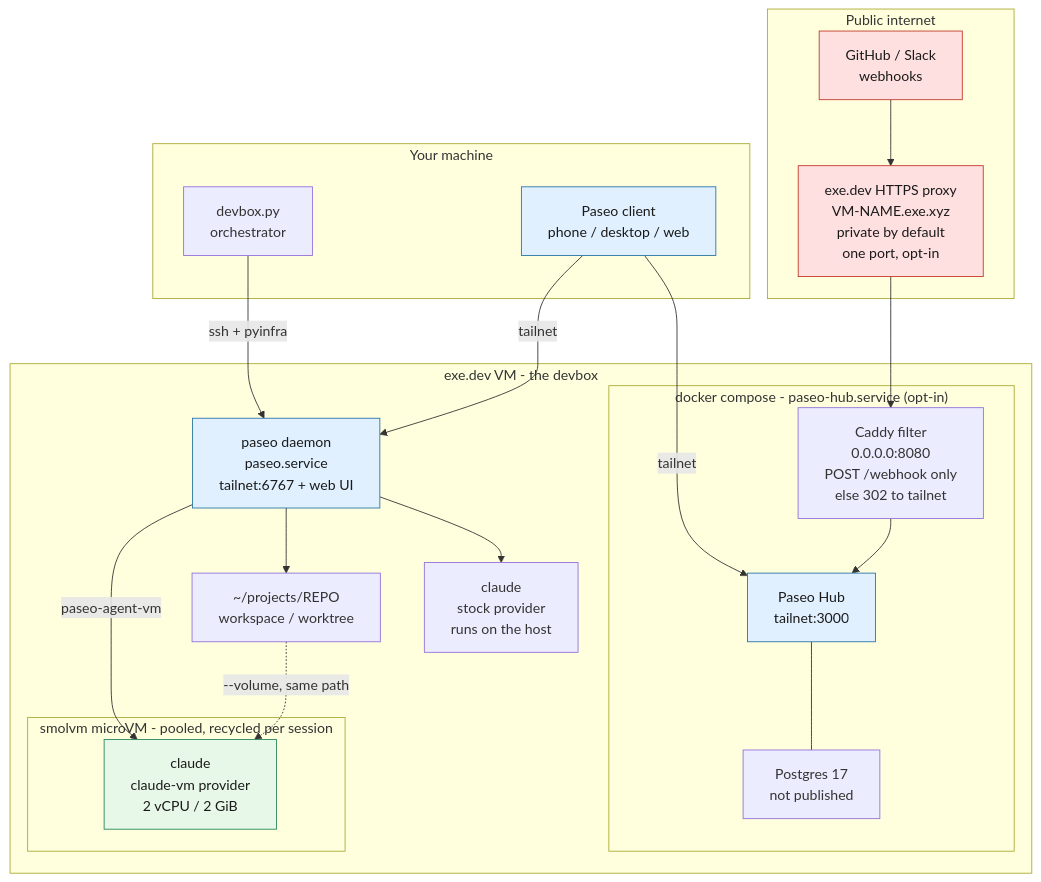
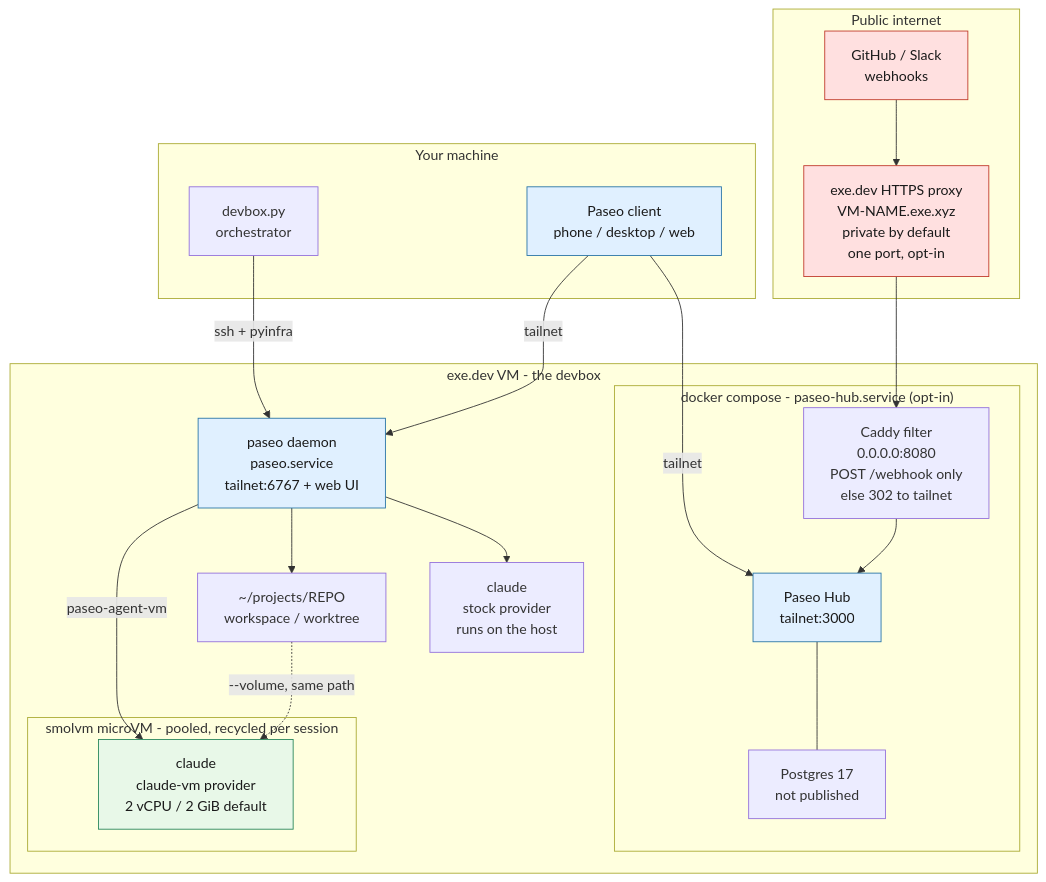
One commit to luketurner/devbox changed the diagram in README.md. Above: the diagram before and after it, drawn with Mermaid. The commit also changed other lines of this file and 12 other files, not shown here.

````diff
--- a/README.md
+++ b/README.md
@@ -26,47 +26,47 @@
 ```mermaid
 graph TB
     subgraph you["Your machine"]
         CLI["devbox.py\norchestrator"]
         CLIENT["Paseo client\nphone / desktop / web"]
     end
 
     subgraph pub["Public internet"]
         HOOKS["GitHub / Slack\nwebhooks"]
         PROXY["exe.dev HTTPS proxy\nVM-NAME.exe.xyz\nprivate by default\none port, opt-in"]
     end
 
     subgraph box["exe.dev VM - the devbox"]
         DAEMON["paseo daemon\npaseo.service\ntailnet:6767 + web UI"]
         REPO["~/projects/REPO\nworkspace / worktree"]
         HOSTCLAUDE["claude\nstock provider\nruns on the host"]
 
         subgraph dc["docker compose - paseo-hub.service (opt-in)"]
             CADDY["Caddy filter\n0.0.0.0:8080\nPOST /webhook only\nelse 302 to tailnet"]
             HUB["Paseo Hub\ntailnet:3000"]
             PG["Postgres 17\nnot published"]
         end
 
         subgraph mvm["smolvm microVM - pooled, recycled per session"]
-            VMCLAUDE["claude\nclaude-vm provider\n2 vCPU / 2 GiB"]
+            VMCLAUDE["claude\nclaude-vm provider\n2 vCPU / 2 GiB default"]
         end
     end
 
     CLI -->|"ssh + pyinfra"| DAEMON
     CLIENT -->|tailnet| DAEMON
     CLIENT -->|tailnet| HUB
     HOOKS --> PROXY
     PROXY --> CADDY
     CADDY --> HUB
     HUB --- PG
     DAEMON --> HOSTCLAUDE
     DAEMON --> REPO
     DAEMON -->|"paseo-agent-vm"| VMCLAUDE
     REPO -.->|"--volume, same path"| VMCLAUDE
 
     classDef public fill:#ffe0e0,stroke:#c0392b,color:#1a1a1a
     classDef tailnet fill:#e0f0ff,stroke:#2874a6,color:#1a1a1a
     classDef sandbox fill:#e8f8e8,stroke:#27865a,color:#1a1a1a
     class HOOKS,PROXY public
     class DAEMON,HUB,CLIENT tailnet
     class VMCLAUDE sandbox
 ```
````
